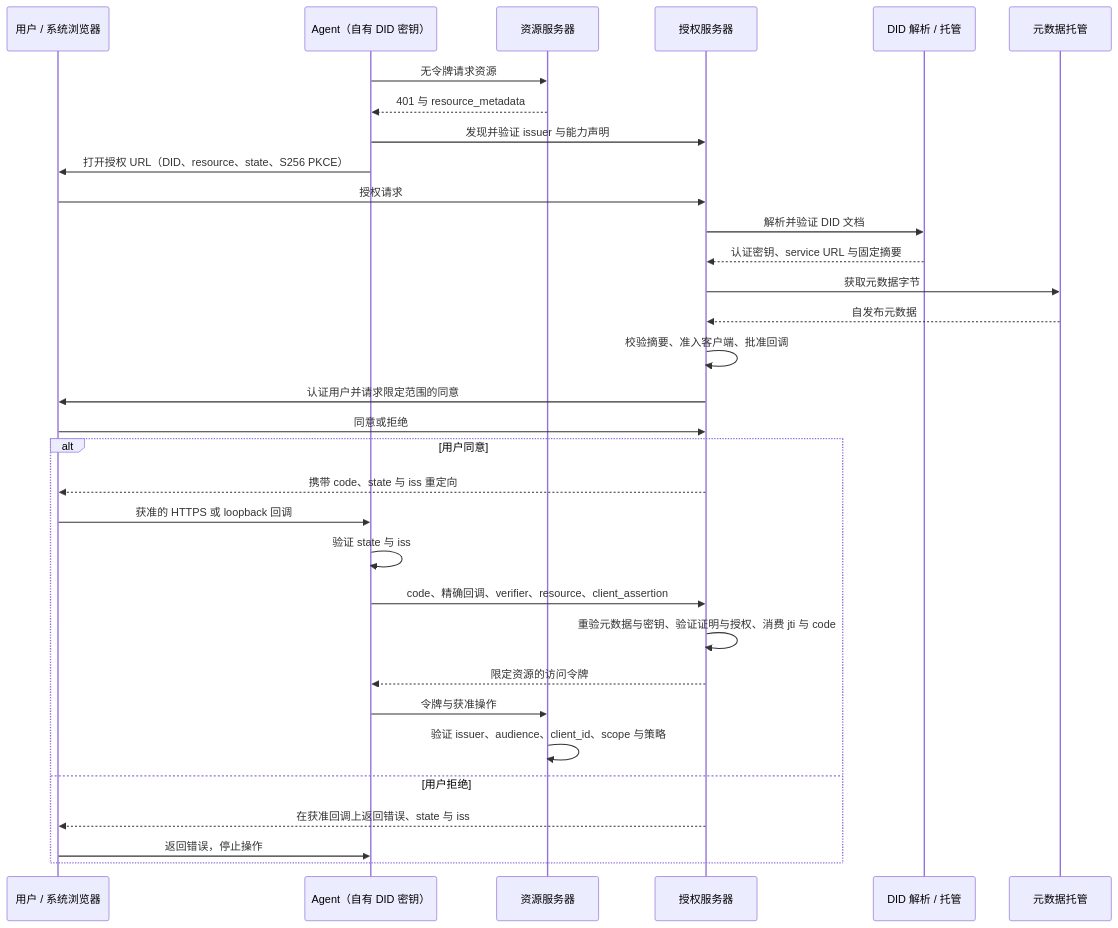
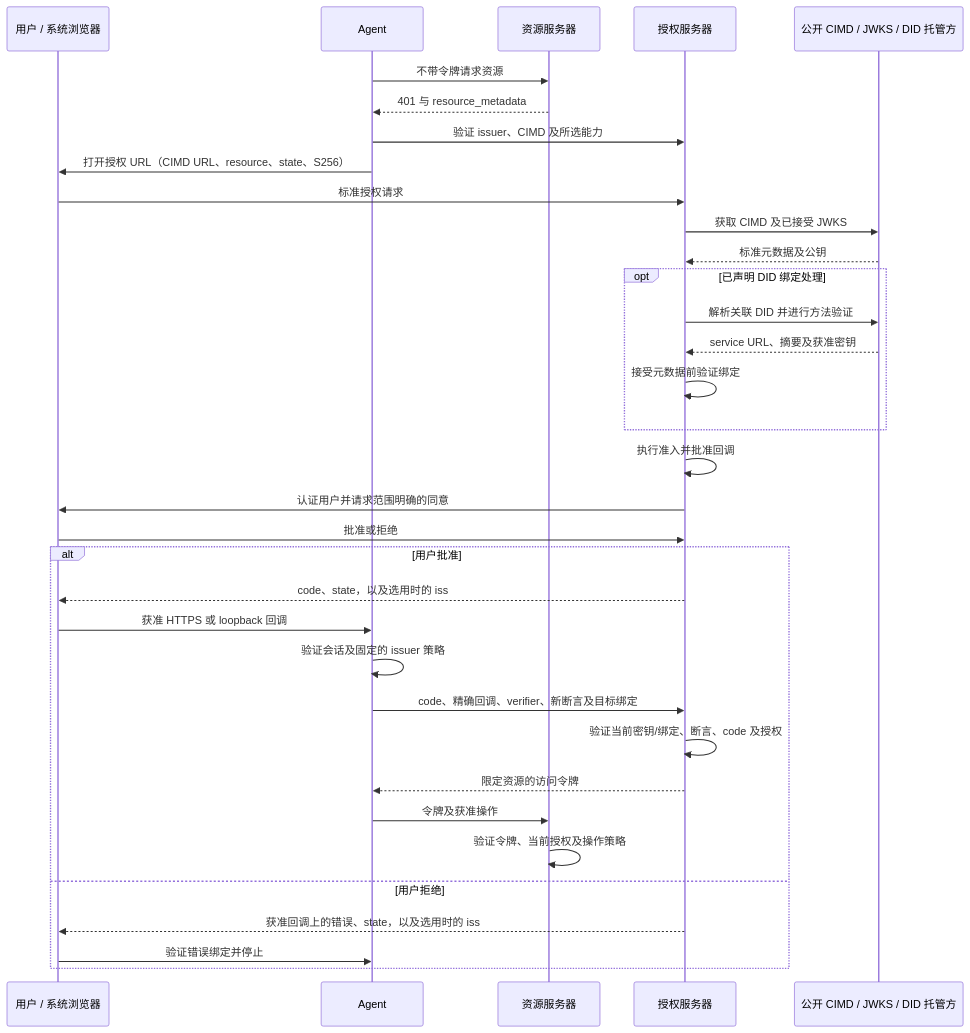
One commit to agent-network-protocol/AgentNetworkProtocol changed the fifth of 7 diagrams in chinese/05-ANP-基于DID的授权协议.md. Above: the diagram before and after it, drawn with Mermaid. The commit also changed other lines of this file and 12 other files, not shown here.

````diff
--- a/chinese/05-ANP-基于DID的授权协议.md
+++ b/chinese/05-ANP-基于DID的授权协议.md
@@ -492,34 +433,36 @@
 ```mermaid
 sequenceDiagram
     participant U as 用户 / 系统浏览器
-    participant A as Agent（自有 DID 密钥）
+    participant A as Agent
     participant R as 资源服务器
     participant S as 授权服务器
-    participant D as DID 解析 / 托管
-    participant M as 元数据托管
-    A->>R: 无令牌请求资源
+    participant P as 公开 CIMD / JWKS / DID 托管方
+    A->>R: 不带令牌请求资源
     R-->>A: 401 与 resource_metadata
-    A->>S: 发现并验证 issuer 与能力声明
-    A->>U: 打开授权 URL（DID、resource、state、S256 PKCE）
-    U->>S: 授权请求
-    S->>D: 解析并验证 DID 文档
-    D-->>S: 认证密钥、service URL 与固定摘要
-    S->>M: 获取元数据字节
-    M-->>S: 自发布元数据
-    S->>S: 校验摘要、准入客户端、批准回调
-    S->>U: 认证用户并请求限定范围的同意
-    U->>S: 同意或拒绝
-    alt 用户同意
-        S-->>U: 携带 code、state 与 iss 重定向
-        U->>A: 获准的 HTTPS 或 loopback 回调
-        A->>A: 验证 state 与 iss
-        A->>S: code、精确回调、verifier、resource、client_assertion
-        S->>S: 重验元数据与密钥、验证证明与授权、消费 jti 与 code
+    A->>S: 验证 issuer、CIMD 及所选能力
+    A->>U: 打开授权 URL（CIMD URL、resource、state、S256）
+    U->>S: 标准授权请求
+    S->>P: 获取 CIMD 及已接受 JWKS
+    P-->>S: 标准元数据及公钥
+    opt 已声明 DID 绑定处理
+        S->>P: 解析关联 DID 并进行方法验证
+        P-->>S: service URL、摘要及获准密钥
+        S->>S: 接受元数据前验证绑定
+    end
+    S->>S: 执行准入并批准回调
+    S->>U: 认证用户并请求范围明确的同意
+    U->>S: 批准或拒绝
+    alt 用户批准
+        S-->>U: code、state，以及选用时的 iss
+        U->>A: 获准 HTTPS 或 loopback 回调
+        A->>A: 验证会话及固定的 issuer 策略
+        A->>S: code、精确回调、verifier、新断言及目标绑定
+        S->>S: 验证当前密钥/绑定、断言、code 及授权
         S-->>A: 限定资源的访问令牌
-        A->>R: 令牌与获准操作
-        R->>R: 验证 issuer、audience、client_id、scope 与策略
+        A->>R: 令牌及获准操作
+        R->>R: 验证令牌、当前授权及操作策略
     else 用户拒绝
-        S-->>U: 在获准回调上返回错误、state 与 iss
-        U->>A: 返回错误，停止操作
+        S-->>U: 获准回调上的错误、state，以及选用时的 iss
+        U->>A: 验证错误绑定并停止
     end
 ```
````
